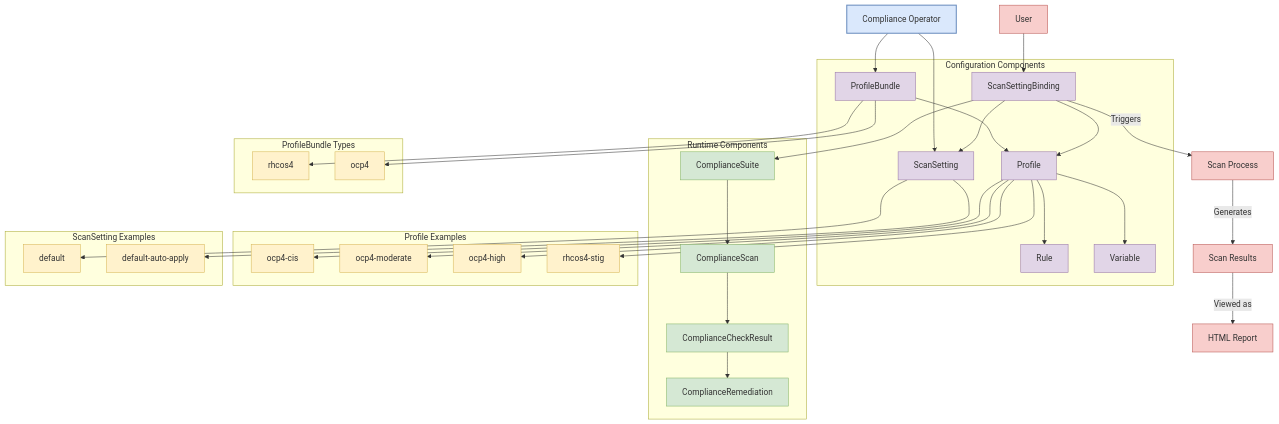
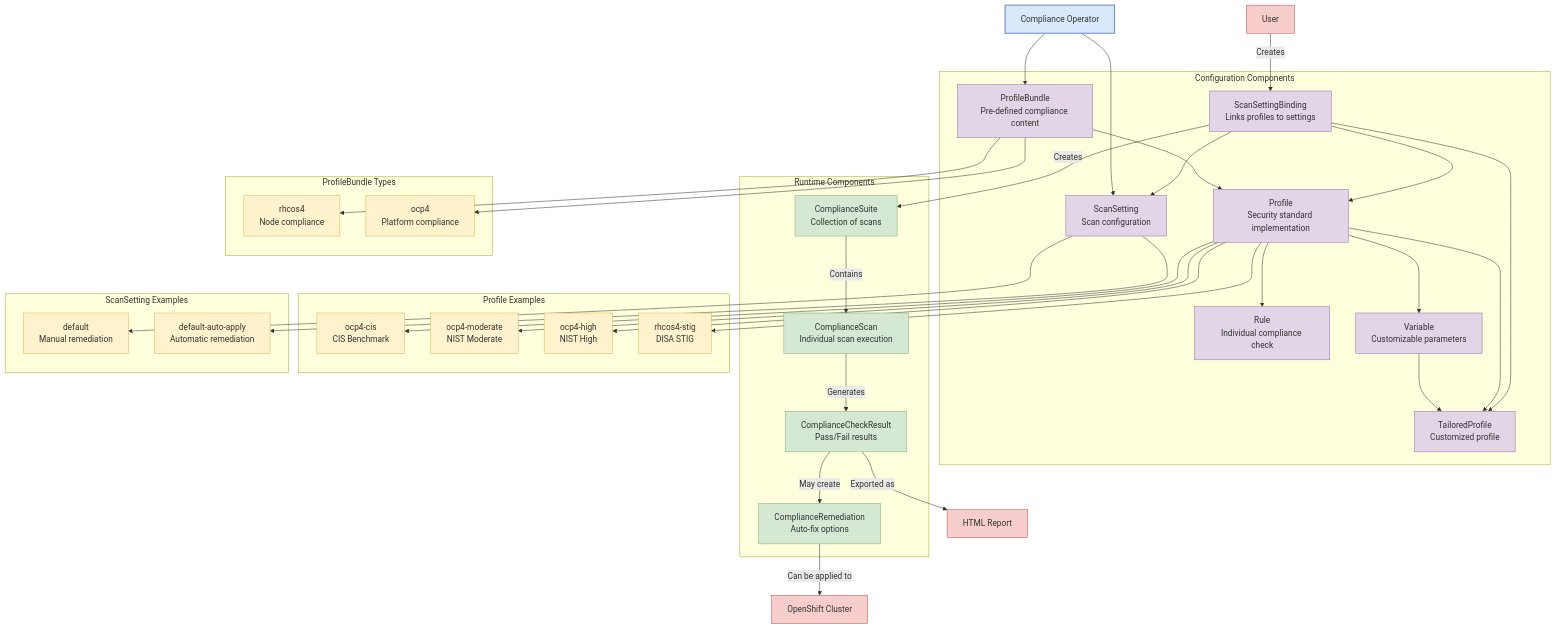
One commit to wangzheng422/docker_env changed the diagram in redhat/ocp4/4.16/2025.03.compliance.operator.md. Above: the diagram before and after it, drawn with Mermaid. The commit also changed other lines of this file, not shown here.

Commit message:
compliance operator

````diff
--- a/redhat/ocp4/4.16/2025.03.compliance.operator.md
+++ b/redhat/ocp4/4.16/2025.03.compliance.operator.md
@@ -13,44 +32,50 @@
     
     %% Configuration Components
     subgraph "Configuration Components"
-        PB[ProfileBundle]
-        P[Profile]
-        R[Rule]
-        V[Variable]
-        SS[ScanSetting]
-        SSB[ScanSettingBinding]
+        PB[ProfileBundle<br>Pre-defined compliance content]
+        P[Profile<br>Security standard implementation]
+        R[Rule<br>Individual compliance check]
+        V[Variable<br>Customizable parameters]
+        SS[ScanSetting<br>Scan configuration]
+        SSB[ScanSettingBinding<br>Links profiles to settings]
+        TP[TailoredProfile<br>Customized profile]
     end
     
     %% Runtime Components
     subgraph "Runtime Components"
-        CS[ComplianceSuite]
-        CScan[ComplianceScan]
-        CCR[ComplianceCheckResult]
-        CR[ComplianceRemediation]
+        CS[ComplianceSuite<br>Collection of scans]
+        CScan[ComplianceScan<br>Individual scan execution]
+        CCR[ComplianceCheckResult<br>Pass/Fail results]
+        CR[ComplianceRemediation<br>Auto-fix options]
     end
     
-    %% Relationships
+    %% Relationships - Configuration
     CO --> PB
     PB --> P
     P --> R
     P --> V
+    V --> TP
+    P --> TP
     
     CO --> SS
     
+    %% Relationships - Binding
     SSB --> P
+    SSB --> TP
     SSB --> SS
     
-    SSB --> CS
-    CS --> CScan
-    CScan --> CCR
-    CCR --> CR
+    %% Relationships - Runtime
+    SSB --> |"Creates"| CS
+    CS --> |"Contains"| CScan
+    CScan --> |"Generates"| CCR
+    CCR --> |"May create"| CR
     
     %% Profile Types
     subgraph "Profile Examples"
-        P1[ocp4-cis]
-        P2[ocp4-moderate]
-        P3[ocp4-high]
-        P4[rhcos4-stig]
+        P1[ocp4-cis<br>CIS Benchmark]
+        P2[ocp4-moderate<br>NIST Moderate]
+        P3[ocp4-high<br>NIST High]
+        P4[rhcos4-stig<br>DISA STIG]
     end
     
     P --> P1
@@ -60,8 +85,8 @@
     
     %% ProfileBundle Types
     subgraph "ProfileBundle Types"
-        PB1[rhcos4]
-        PB2[ocp4]
+        PB1[rhcos4<br>Node compliance]
+        PB2[ocp4<br>Platform compliance]
     end
     
     PB --> PB1
@@ -69,19 +94,17 @@
     
     %% ScanSetting Types
     subgraph "ScanSetting Examples"
-        SS1[default]
-        SS2[default-auto-apply]
+        SS1[default<br>Manual remediation]
+        SS2[default-auto-apply<br>Automatic remediation]
     end
     
     SS --> SS1
     SS --> SS2
     
     %% Workflow
-    User[User] --> SSB
-    SSB --> |"Triggers"| Scan[Scan Process]
-    Scan --> |"Generates"| Results[Scan Results]
-    Results --> |"Viewed as"| Report[HTML Report]
-    %% CR --> |"Can be applied to"| Cluster[OpenShift Cluster]
+    User[User] --> |"Creates"| SSB
+    CR --> |"Can be applied to"| Cluster[OpenShift Cluster]
+    CCR --> |"Exported as"| Report[HTML Report]
     
     %% Styling
     classDef operator fill:#dae8fc,stroke:#6c8ebf,stroke-width:2px;
@@ -91,8 +114,8 @@
     classDef user fill:#f8cecc,stroke:#b85450,stroke-width:1px;
     
     class CO operator;
-    class PB,P,R,V,SS,SSB config;
+    class PB,P,R,V,SS,SSB,TP config;
     class CS,CScan,CCR,CR runtime;
     class P1,P2,P3,P4,PB1,PB2,SS1,SS2 examples;
-    class User,Scan,Results,Report,Cluster user;
+    class User,Cluster,Report user;
 ```
````
